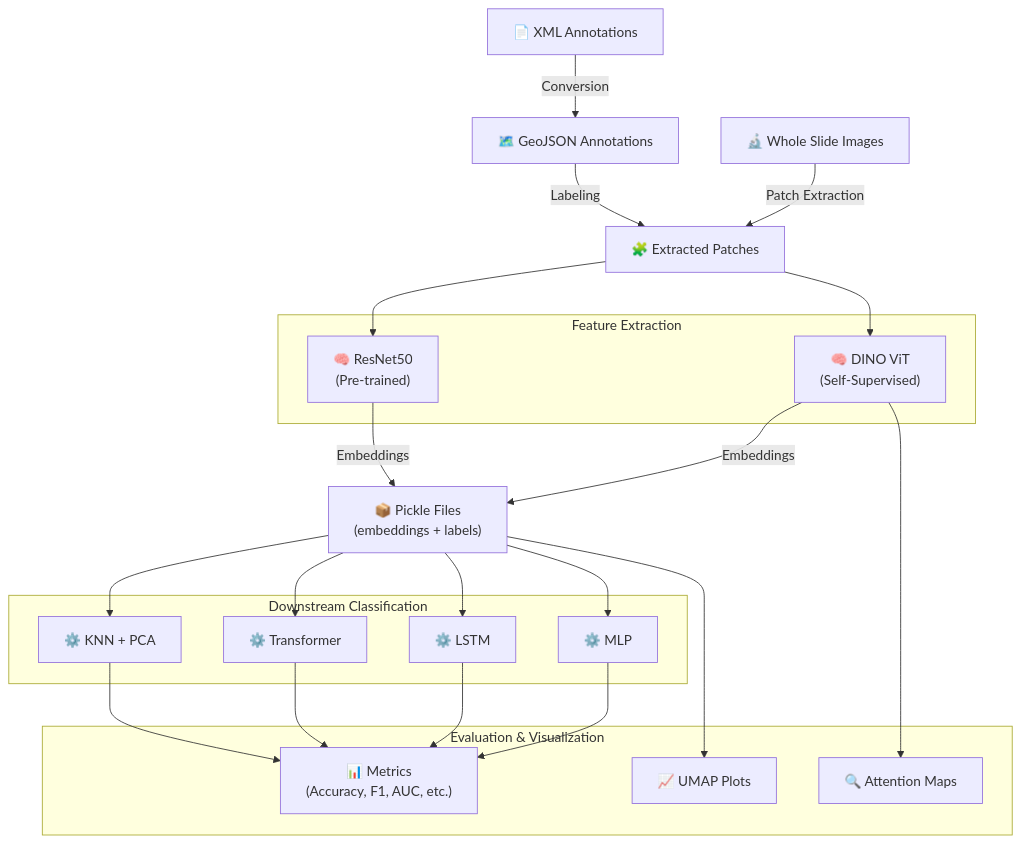
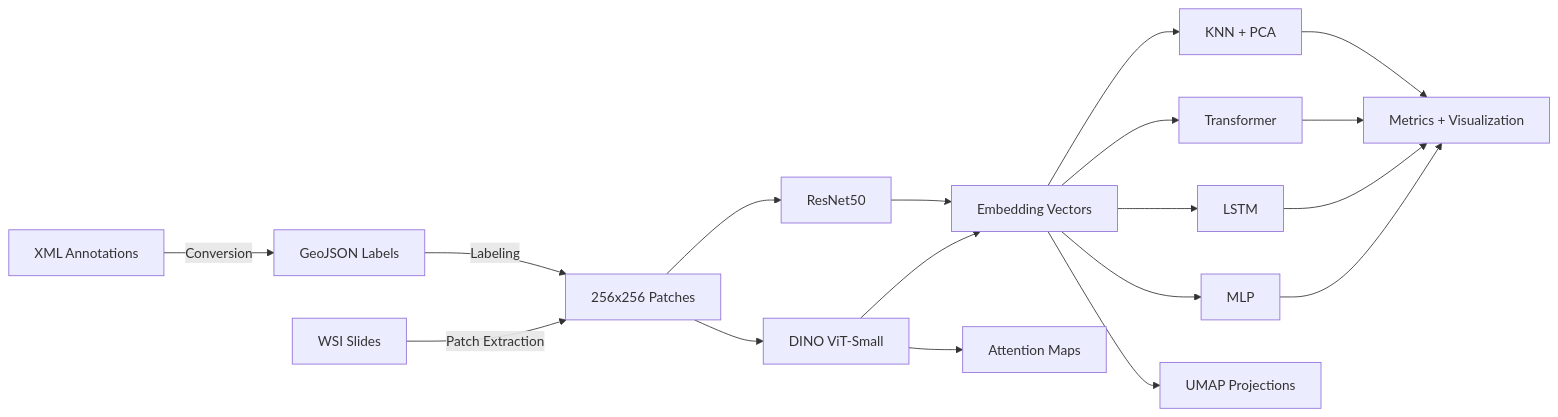
One commit to Amiamiammo/WSI_analysis changed the diagram in README.md. Above: the diagram before and after it, drawn with Mermaid. The commit also changed other lines of this file, not shown here.

````diff
--- a/README.md
+++ b/README.md
@@ -7,47 +15,24 @@
 ```mermaid
-graph TD
-    WSI["🔬 Whole Slide Images"]
-    XML["📄 XML Annotations"]
-    GeoJSON["🗺️ GeoJSON Annotations"]
-    Patches["🧩 Extracted Patches"]
-
-    WSI -->|Patch Extraction| Patches
-    XML -->|Conversion| GeoJSON
+graph LR
+    WSI[WSI Slides] -->|Patch Extraction| Patches[256x256 Patches]
+    XML[XML Annotations] -->|Conversion| GeoJSON[GeoJSON Labels]
     GeoJSON -->|Labeling| Patches
 
-    subgraph Feature Extraction
-        DINO["🧠 DINO ViT\n(Self-Supervised)"]
-        ResNet["🧠 ResNet50\n(Pre-trained)"]
-    end
+    Patches --> DINO[DINO ViT-Small]
+    Patches --> ResNet[ResNet50]
 
-    Patches --> DINO
-    Patches --> ResNet
+    DINO --> Emb[Embedding Vectors]
+    ResNet --> Emb
 
-    DINO -->|Embeddings| PKL["📦 Pickle Files\n(embeddings + labels)"]
-    ResNet -->|Embeddings| PKL
+    Emb --> MLP
+    Emb --> LSTM
+    Emb --> TF[Transformer]
+    Emb --> KNN[KNN + PCA]
 
-    subgraph Downstream Classification
-        MLP["⚙️ MLP"]
-        LSTM_model["⚙️ LSTM"]
-        TF["⚙️ Transformer"]
-        KNN["⚙️ KNN + PCA"]
-    end
-
-    PKL --> MLP
-    PKL --> LSTM_model
-    PKL --> TF
-    PKL --> KNN
-
-    subgraph Evaluation & Visualization
-        Metrics["📊 Metrics\n(Accuracy, F1, AUC, etc.)"]
-        UMAP["📈 UMAP Plots"]
-        Attention["🔍 Attention Maps"]
-    end
-
-    MLP --> Metrics
-    LSTM_model --> Metrics
-    TF --> Metrics
-    KNN --> Metrics
-    DINO --> Attention
-    PKL --> UMAP
+    MLP --> Eval[Metrics + Visualization]
+    LSTM --> Eval
+    TF --> Eval
+    KNN --> Eval
+    DINO --> Attn[Attention Maps]
+    Emb --> UMAP[UMAP Projections]
 ```
````
